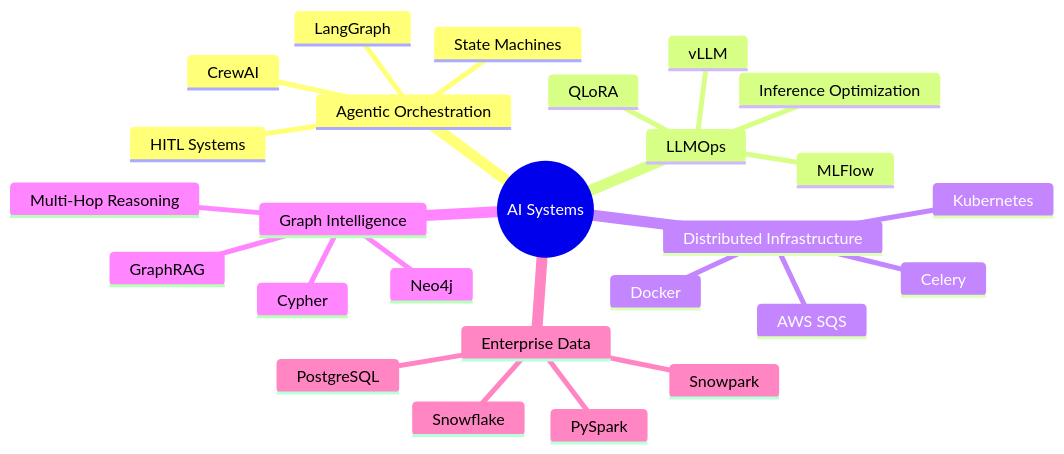
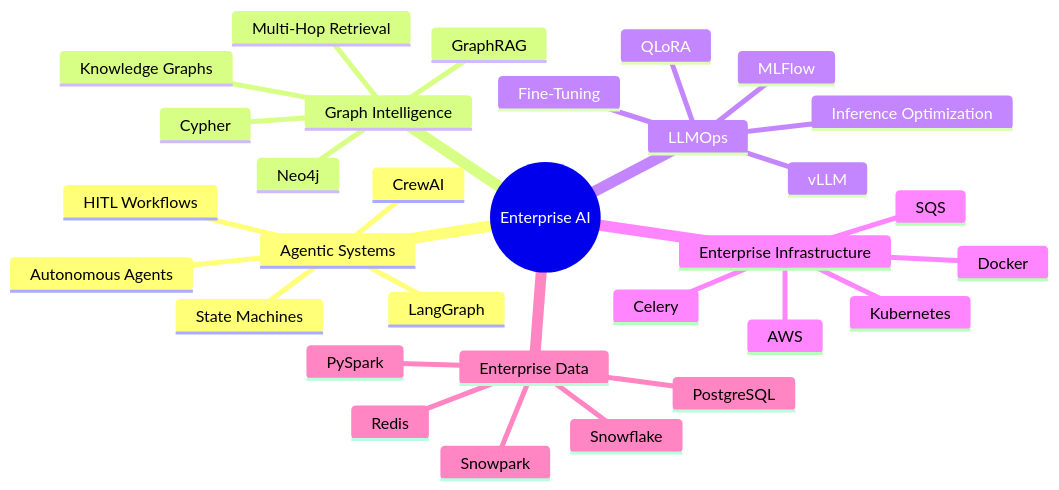
One commit to pratikreddy0/pratikreddy0 changed the first of 4 diagrams in README.md. Above: the diagram before and after it, drawn with Mermaid. The commit also changed other lines of this file, not shown here.

````diff
--- a/README.md
+++ b/README.md
@@ -80,33 +110,39 @@
 ```mermaid
 mindmap
-  root((AI Systems))
-    Agentic Orchestration
+  root((Enterprise AI))
+
+    Agentic Systems
       LangGraph
       CrewAI
+      HITL Workflows
       State Machines
-      HITL Systems
-
-    LLMOps
-      QLoRA
-      vLLM
-      MLFlow
-      Inference Optimization
-
-    Distributed Infrastructure
-      Docker
-      Kubernetes
-      Celery
-      AWS SQS
+      Autonomous Agents
 
     Graph Intelligence
       Neo4j
       Cypher
       GraphRAG
-      Multi-Hop Reasoning
+      Knowledge Graphs
+      Multi-Hop Retrieval
+
+    LLMOps
+      vLLM
+      QLoRA
+      MLFlow
+      Fine-Tuning
+      Inference Optimization
+
+    Enterprise Infrastructure
+      Docker
+      Kubernetes
+      AWS
+      Celery
+      SQS
 
     Enterprise Data
       Snowflake
       Snowpark
+      PostgreSQL
       PySpark
-      PostgreSQL
+      Redis
 ```
````
